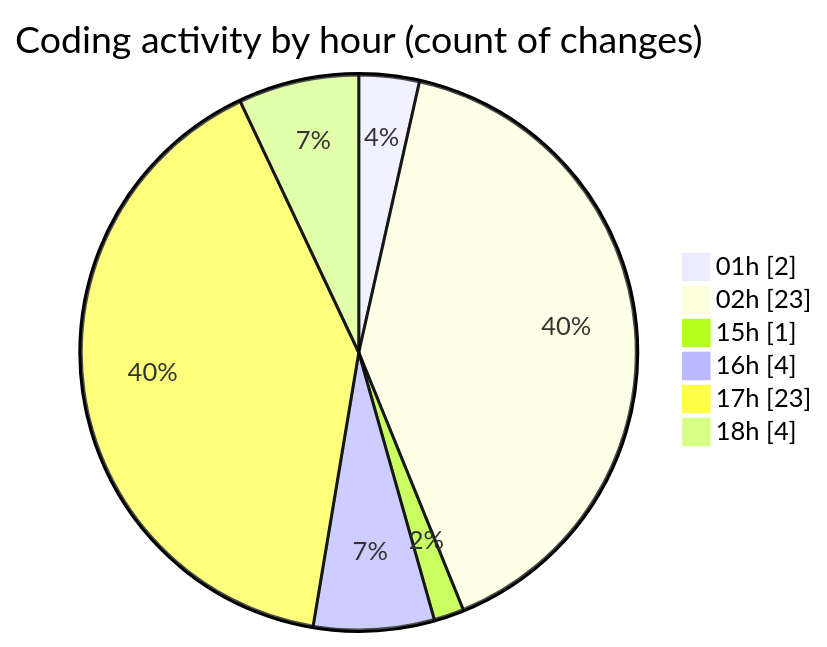
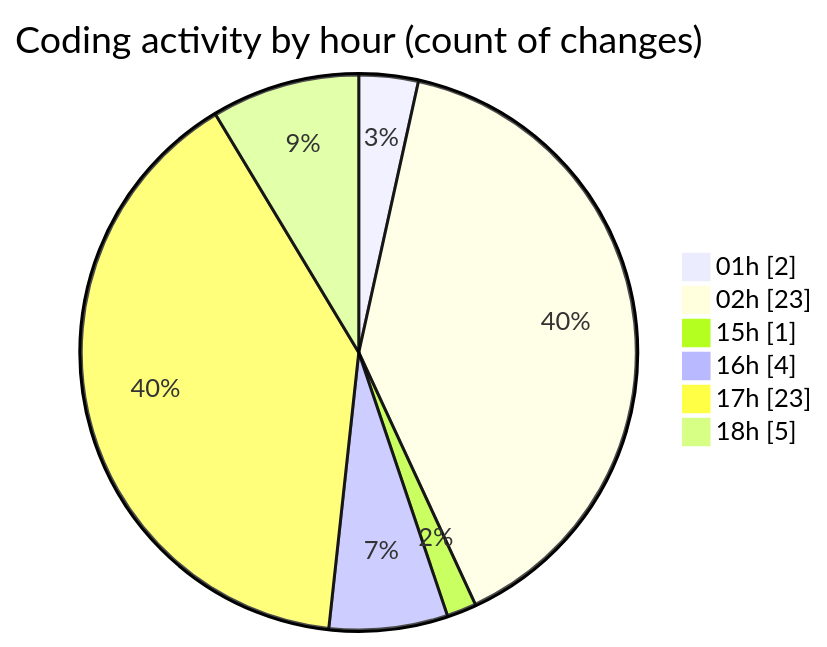
The second of 2 diagrams in 2025-10-01/open-health/README.md (mevix1/code-tracking), drawn with Mermaid before and after one commit. The commit also changed other lines of this file and 1 other file, not shown here.

````diff
--- a/2025-10-01/open-health/README.md
+++ b/2025-10-01/open-health/README.md
@@ -64,10 +64,10 @@
 ```mermaid
 pie showData
 title Coding activity by hour (count of changes)
 "01h" : 2
 "02h" : 23
 "15h" : 1
 "16h" : 4
 "17h" : 23
-"18h" : 4
+"18h" : 5
 ```
````
